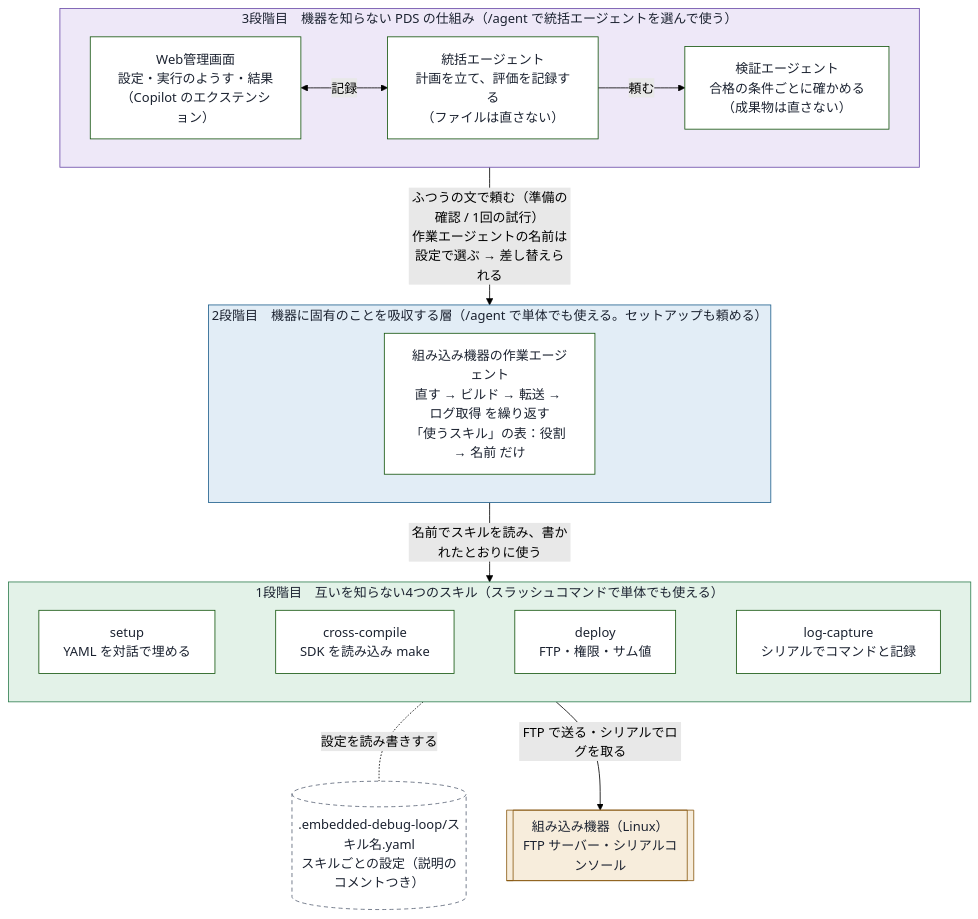
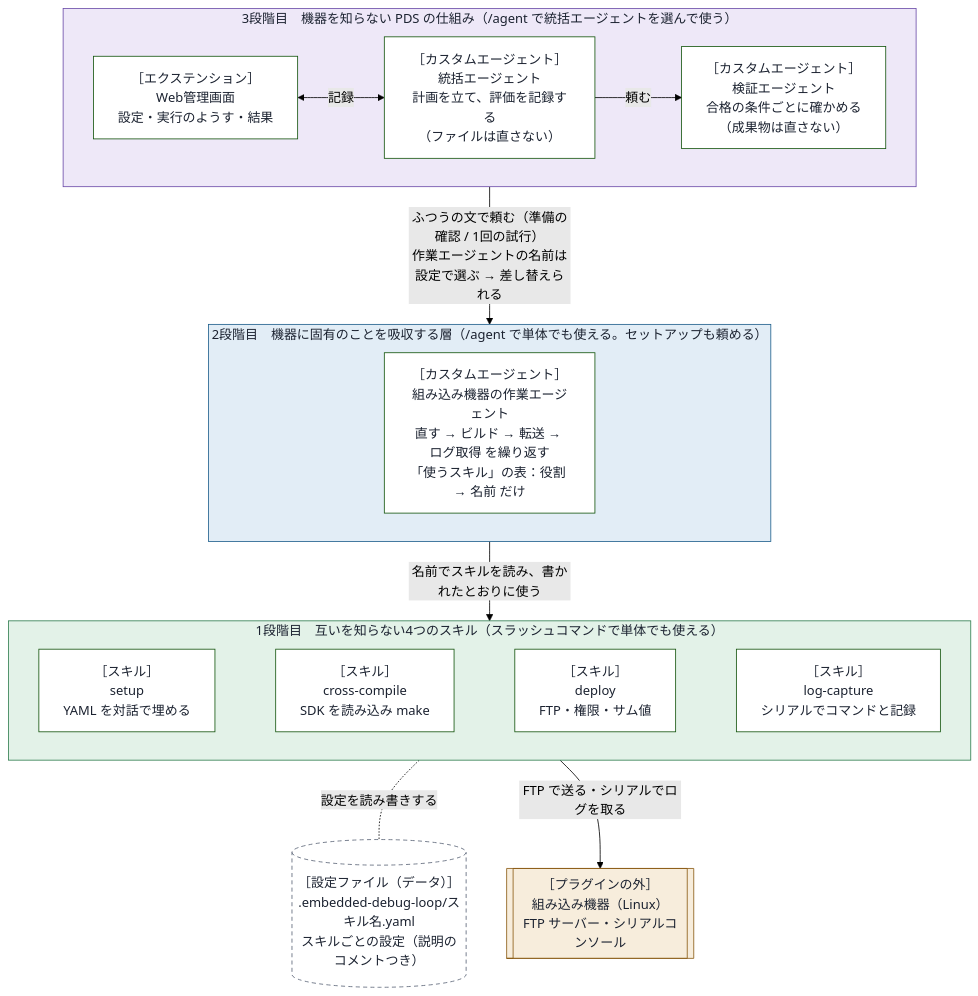
The diagram in plugins/embedded-debug-loop/docs/design/design.md (xclang-brain/plugin-market-place), drawn with Mermaid (forest theme) before and after one commit. The commit also changed other lines of this file, not shown here.

First line of the commit message:
embedded-debug-loop: 設計書の構成図に、ブロックごとのハーネスの部品を書く

````diff
--- a/plugins/embedded-debug-loop/docs/design/design.md
+++ b/plugins/embedded-debug-loop/docs/design/design.md
@@ -20,42 +20,42 @@
 ```mermaid
 flowchart TB
     subgraph L3["3段階目　機器を知らない PDS の仕組み（/agent で統括エージェントを選んで使う）"]
         direction LR
-        UI["Web管理画面<br/>設定・実行のようす・結果<br/>（Copilot のエクステンション）"]
-        ORC["統括エージェント<br/>計画を立て、評価を記録する<br/>（ファイルは直さない）"]
-        VER["検証エージェント<br/>合格の条件ごとに確かめる<br/>（成果物は直さない）"]
+        UI["［エクステンション］<br/>Web管理画面<br/>設定・実行のようす・結果"]
+        ORC["［カスタムエージェント］<br/>統括エージェント<br/>計画を立て、評価を記録する<br/>（ファイルは直さない）"]
+        VER["［カスタムエージェント］<br/>検証エージェント<br/>合格の条件ごとに確かめる<br/>（成果物は直さない）"]
         UI <-- "記録" --> ORC
         ORC -- "頼む" --> VER
     end
 
     subgraph L2["2段階目　機器に固有のことを吸収する層（/agent で単体でも使える。セットアップも頼める）"]
-        WRK["組み込み機器の作業エージェント<br/>直す → ビルド → 転送 → ログ取得 を繰り返す<br/>「使うスキル」の表：役割 → 名前 だけ"]
+        WRK["［カスタムエージェント］<br/>組み込み機器の作業エージェント<br/>直す → ビルド → 転送 → ログ取得 を繰り返す<br/>「使うスキル」の表：役割 → 名前 だけ"]
     end
 
     subgraph L1["1段階目　互いを知らない4つのスキル（スラッシュコマンドで単体でも使える）"]
         direction LR
-        SETUP["setup<br/>YAML を対話で埋める"]
-        CC["cross-compile<br/>SDK を読み込み make"]
-        DEP["deploy<br/>FTP・権限・サム値"]
-        LOG["log-capture<br/>シリアルでコマンドと記録"]
+        SETUP["［スキル］<br/>setup<br/>YAML を対話で埋める"]
+        CC["［スキル］<br/>cross-compile<br/>SDK を読み込み make"]
+        DEP["［スキル］<br/>deploy<br/>FTP・権限・サム値"]
+        LOG["［スキル］<br/>log-capture<br/>シリアルでコマンドと記録"]
         SETUP ~~~ CC ~~~ DEP ~~~ LOG
     end
 
-    CFG[(".embedded-debug-loop/スキル名.yaml<br/>スキルごとの設定（説明のコメントつき）")]
-    DEV[["組み込み機器（Linux）<br/>FTP サーバー・シリアルコンソール"]]
+    CFG[("［設定ファイル（データ）］<br/>.embedded-debug-loop/スキル名.yaml<br/>スキルごとの設定（説明のコメントつき）")]
+    DEV[["［プラグインの外］<br/>組み込み機器（Linux）<br/>FTP サーバー・シリアルコンソール"]]
 
     L3 -- "ふつうの文で頼む（準備の確認 / 1回の試行）<br/>作業エージェントの名前は設定で選ぶ → 差し替えられる" --> L2
     L2 -- "名前でスキルを読み、書かれたとおりに使う" --> L1
     L1 -. "設定を読み書きする" .- CFG
     L1 -- "FTP で送る・シリアルでログを取る" --> DEV
 
     style L3 fill:#eee8f8,stroke:#6a4aa8,color:#1b2230
     style L2 fill:#e2edf6,stroke:#1d5e8c,color:#1b2230
     style L1 fill:#e3f2e8,stroke:#2f7d4f,color:#1b2230
     classDef node fill:#ffffff,color:#1b2230
     classDef dev fill:#f7eddc,stroke:#8a5a12,color:#1b2230
     classDef cfg fill:#ffffff,stroke:#586275,color:#1b2230,stroke-dasharray:5 4
     class UI,ORC,VER,WRK,SETUP,CC,DEP,LOG node
     class DEV dev
     class CFG cfg
 ```
````
